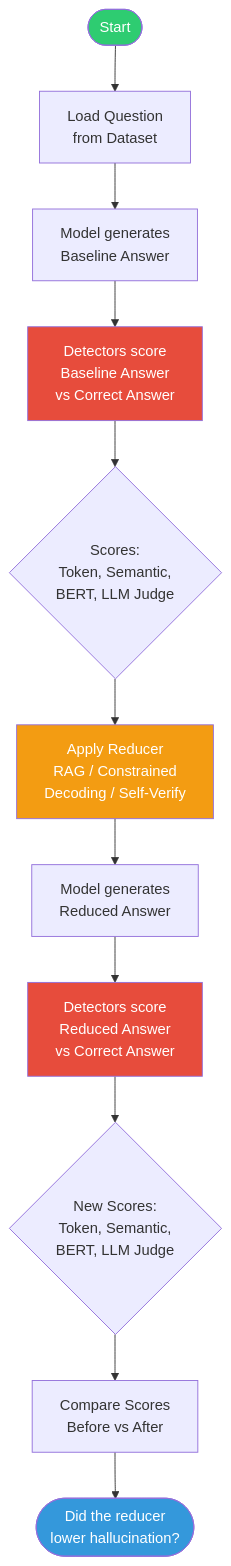
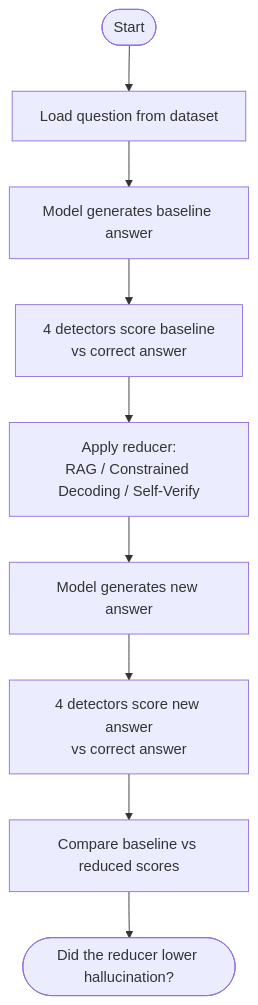
The diagram in README.md (DharambirAgrawal/LLM-hallucination-Research), drawn with Mermaid before and after one commit. The commit also changed other lines of this file, not shown here.

````diff
--- a/README.md
+++ b/README.md
@@ -31,19 +67,11 @@
 ```mermaid
 flowchart TD
-    A([Start]) --> B[Load Question\nfrom Dataset]
-    B --> C[Model generates\nBaseline Answer]
-    C --> D[Detectors score\nBaseline Answer\nvs Correct Answer]
-    D --> E{Scores:\nToken, Semantic,\nBERT, LLM Judge}
-    E --> F[Apply Reducer\nRAG / Constrained\nDecoding / Self-Verify]
-    F --> G[Model generates\nReduced Answer]
-    G --> H[Detectors score\nReduced Answer\nvs Correct Answer]
-    H --> I{New Scores:\nToken, Semantic,\nBERT, LLM Judge}
-    I --> J[Compare Scores\nBefore vs After]
-    J --> K([Did the reducer\nlower hallucination?])
-
-    style A fill:#2ECC71,color:#fff
-    style K fill:#3498DB,color:#fff
-    style D fill:#E74C3C,color:#fff
-    style H fill:#E74C3C,color:#fff
-    style F fill:#F39C12,color:#fff
+    A([Start]) --> B[Load question from dataset]
+    B --> C[Model generates baseline answer]
+    C --> D[4 detectors score baseline\nvs correct answer]
+    D --> E[Apply reducer:\nRAG / Constrained Decoding / Self-Verify]
+    E --> F[Model generates new answer]
+    F --> G[4 detectors score new answer\nvs correct answer]
+    G --> H[Compare baseline vs reduced scores]
+    H --> I([Did the reducer lower hallucination?])
 ```
````
